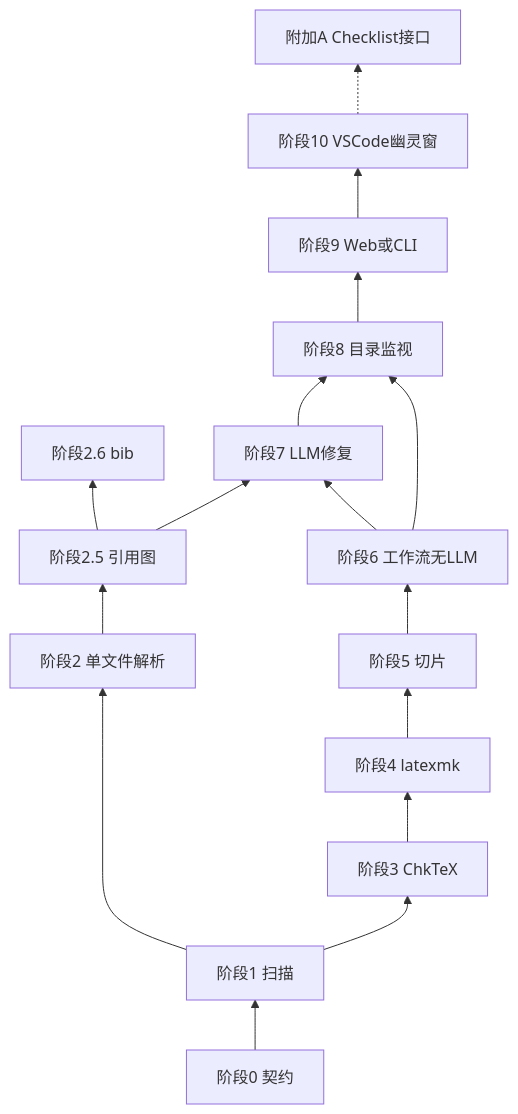
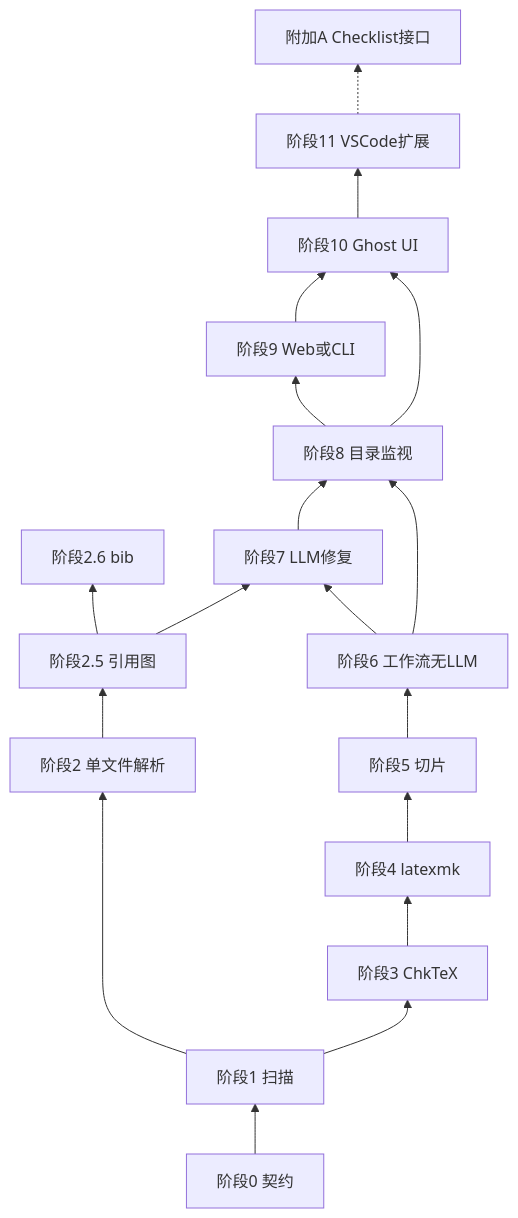
Before and after one commit to BCyyyyyyTZ/Tex_Agent: the first of 3 diagrams in doc/TeX_Agent LaTeX 子系统分阶段实现路线图.md, drawn with Mermaid. The commit also changed other lines of this file and 12 other files, not shown here.

````diff
--- a/doc/TeX_Agent LaTeX 子系统分阶段实现路线图.md
+++ b/doc/TeX_Agent LaTeX 子系统分阶段实现路线图.md
@@ -109,26 +111,29 @@
 ```mermaid
 flowchart BT
   S0[阶段0 契约]
   S1[阶段1 扫描]
   S2[阶段2 单文件解析]
   S25[阶段2.5 引用图]
   S26[阶段2.6 bib]
   S3[阶段3 ChkTeX]
   S4[阶段4 latexmk]
   S5[阶段5 切片]
   S6[阶段6 工作流无LLM]
   S7[阶段7 LLM修复]
   S8[阶段8 目录监视]
   S9[阶段9 Web或CLI]
-  S10[阶段10 VSCode幽灵窗]
+  S10[阶段10 Ghost UI]
+  S11[阶段11 VSCode扩展]
   SA[附加A Checklist接口]
   S0 --> S1 --> S2 --> S25
   S25 --> S26
   S25 --> S7
   S1 --> S3 --> S4 --> S5 --> S6 --> S7
   S6 --> S8
   S7 --> S8
   S8 --> S9
+  S8 --> S10
   S9 --> S10
-  S10 -.-> SA
+  S10 --> S11
+  S11 -.-> SA
 ```
````
